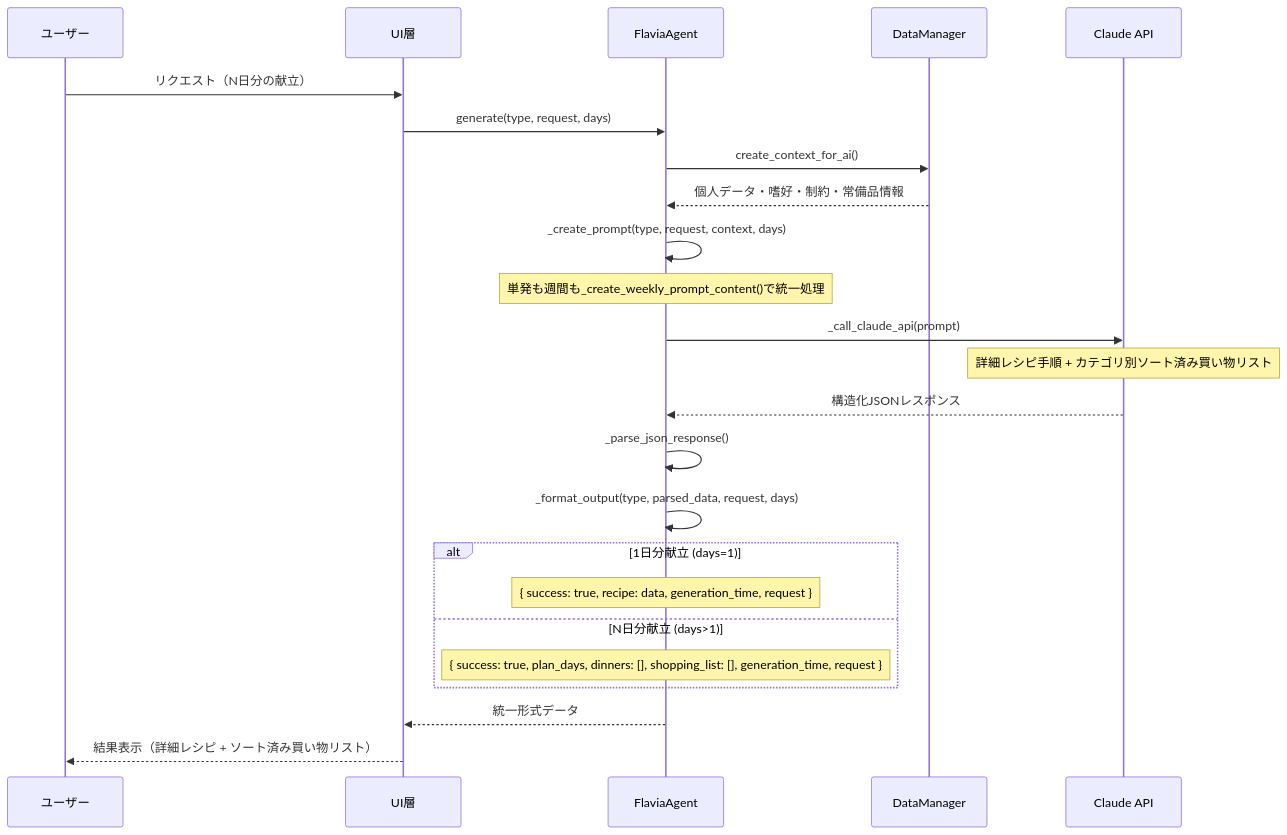
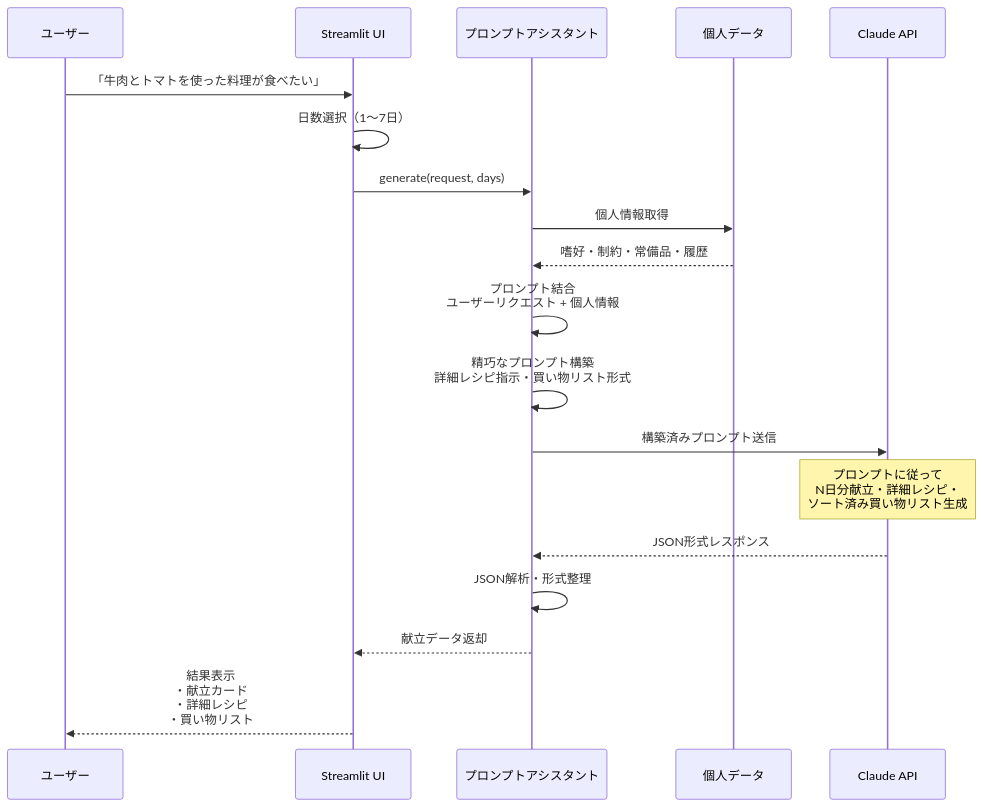
Before and after one commit to Clionegohan/flavia-agent: the second of 3 diagrams in docs/AGENT_FLOW.md, drawn with Mermaid. The commit also changed other lines of this file, not shown here.

First line of the commit message:
docs: AGENT_FLOW.md全面改訂 - 実態に即したプロンプトアシスタントとして記載

````diff
--- a/docs/AGENT_FLOW.md
+++ b/docs/AGENT_FLOW.md
@@ -53,36 +38,30 @@
 ```mermaid
 sequenceDiagram
     participant User as ユーザー
-    participant UI as UI層
-    participant Agent as FlaviaAgent
-    participant Data as DataManager
-    participant AI as Claude API
+    participant UI as Streamlit UI
+    participant Assistant as プロンプトアシスタント
+    participant PersonalData as 個人データ
+    participant Claude as Claude API
     
-    %% 統一リクエスト処理
-    User->>UI: リクエスト（N日分の献立）
-    UI->>Agent: generate(type, request, days)
+    %% ユーザー入力
+    User->>UI: 「牛肉とトマトを使った料理が食べたい」
+    UI->>UI: 日数選択（1〜7日）
     
-    %% 統一処理パイプライン
-    Agent->>Data: create_context_for_ai()
-    Data-->>Agent: 個人データ・嗜好・制約・常備品情報
+    %% プロンプト構築フェーズ
+    UI->>Assistant: generate(request, days)
+    Assistant->>PersonalData: 個人情報取得
+    PersonalData-->>Assistant: 嗜好・制約・常備品・履歴
     
-    Agent->>Agent: _create_prompt(type, request, context, days)
-    Note over Agent: 単発も週間も_create_weekly_prompt_content()で統一処理
+    Assistant->>Assistant: プロンプト結合<br/>ユーザーリクエスト + 個人情報
+    Assistant->>Assistant: 精巧なプロンプト構築<br/>詳細レシピ指示・買い物リスト形式
     
-    Agent->>AI: _call_claude_api(prompt)
-    Note over AI: 詳細レシピ手順 + カテゴリ別ソート済み買い物リスト
-    AI-->>Agent: 構造化JSONレスポンス
+    %% Claude AI呼び出しフェーズ  
+    Assistant->>Claude: 構築済みプロンプト送信
+    Note over Claude: プロンプトに従って<br/>N日分献立・詳細レシピ・<br/>ソート済み買い物リスト生成
+    Claude-->>Assistant: JSON形式レスポンス
     
-    Agent->>Agent: _parse_json_response()
-    Agent->>Agent: _format_output(type, parsed_data, request, days)
-    
-    %% 出力形式の統一化
-    alt 1日分献立 (days=1)
-        Note over Agent: { success: true, recipe: data, generation_time, request }
-    else N日分献立 (days>1)  
-        Note over Agent: { success: true, plan_days, dinners: [], shopping_list: [], generation_time, request }
-    end
-    
-    Agent-->>UI: 統一形式データ
-    UI-->>User: 結果表示（詳細レシピ + ソート済み買い物リスト）
+    %% 結果表示フェーズ
+    Assistant->>Assistant: JSON解析・形式整理
+    Assistant-->>UI: 献立データ返却
+    UI-->>User: 結果表示<br/>・献立カード<br/>・詳細レシピ<br/>・買い物リスト
 ```
````
